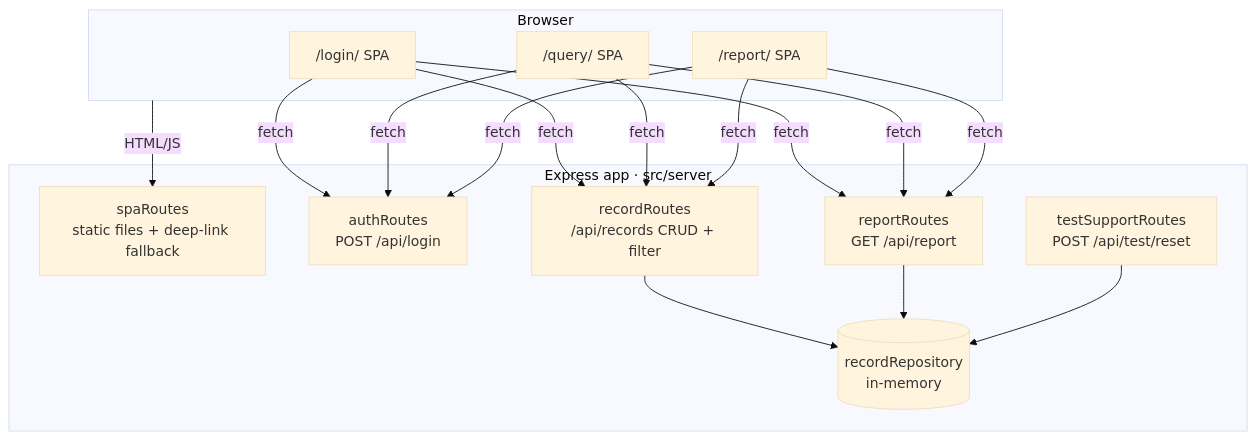
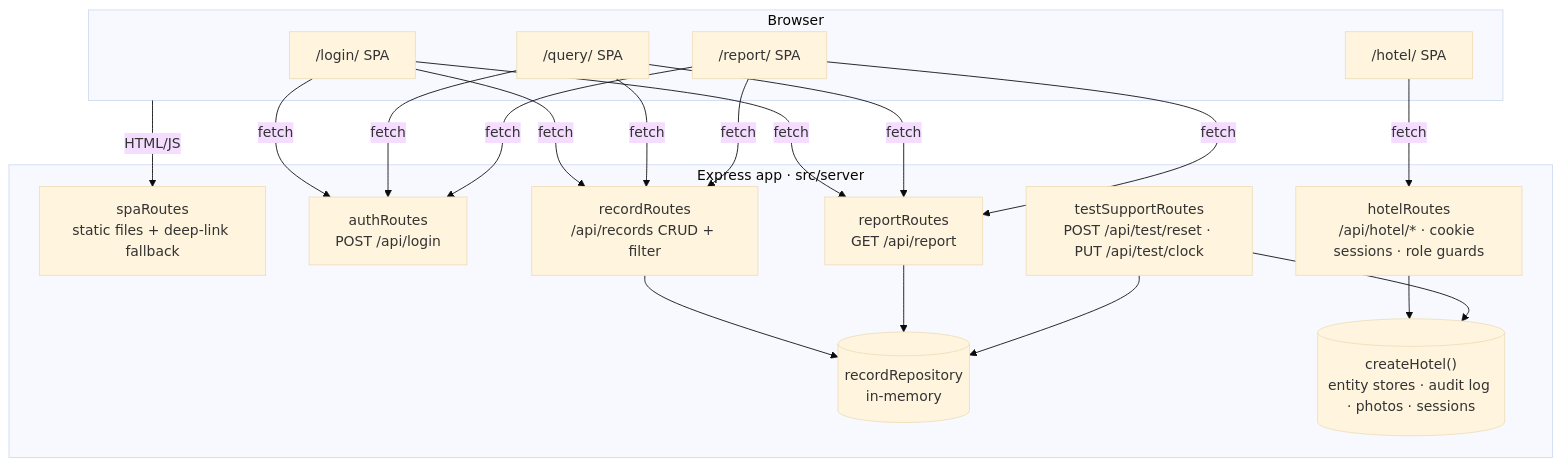
One commit to immer-b/self-healing-e2e-tests changed the first of 4 diagrams in server-in-test/README.md. Above: the diagram before and after it, drawn with Mermaid (base theme). The commit also changed other lines of this file and 4 other files, not shown here.

Commit message:
Document the pet hotel, log status and add the improvement queue

````diff
--- a/server-in-test/README.md
+++ b/server-in-test/README.md
@@ -17,19 +20,24 @@
 ```mermaid
 flowchart TB
   subgraph browser[Browser]
     L["/login/ SPA"]
     Q["/query/ SPA"]
     R["/report/ SPA"]
+    H["/hotel/ SPA"]
   end
   subgraph server[Express app · src/server]
     SPA["spaRoutes<br/>static files + deep-link fallback"]
     AUTH["authRoutes<br/>POST /api/login"]
     REC["recordRoutes<br/>/api/records CRUD + filter"]
     REP["reportRoutes<br/>GET /api/report"]
-    TST["testSupportRoutes<br/>POST /api/test/reset"]
+    TST["testSupportRoutes<br/>POST /api/test/reset · PUT /api/test/clock"]
+    HOT["hotelRoutes<br/>/api/hotel/* · cookie sessions · role guards"]
     REPO[("recordRepository<br/>in-memory")]
+    HOTEL[("createHotel()<br/>entity stores · audit log · photos · sessions")]
   end
   L & Q & R -->|fetch| AUTH & REC & REP
+  H -->|fetch| HOT
   browser -->|HTML/JS| SPA
   REC & REP & TST --> REPO
+  HOT & TST --> HOTEL
 ```
````
